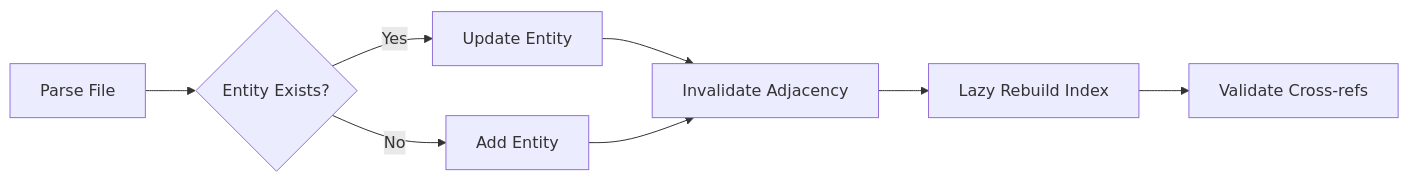
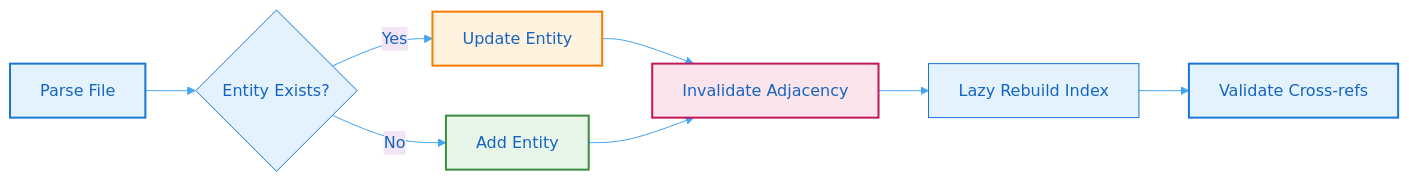
One commit to sageoz/Batho changed the first of 2 diagrams in docs-site/docs/whitepaper/code-graph.md. Above: the diagram before and after it, drawn with Mermaid. The commit also changed other lines of this file and 31 other files, not shown here.

````diff
--- a/docs-site/docs/whitepaper/code-graph.md
+++ b/docs-site/docs/whitepaper/code-graph.md
@@ -46,10 +46,17 @@
 ```mermaid
+%%{init: {'theme': 'base', 'themeVariables': { 'primaryColor': '#e3f2fd', 'primaryTextColor': '#1565c0', 'primaryBorderColor': '#1976d2', 'lineColor': '#42a5f5', 'secondaryColor': '#f3e5f5', 'tertiaryColor': '#e8f5e9'}}}%%
 flowchart LR
     A[Parse File] --> B{Entity Exists?}
     B -->|Yes| C[Update Entity]
     B -->|No| D[Add Entity]
     C --> E[Invalidate Adjacency]
     D --> E
     E --> F[Lazy Rebuild Index]
     F --> G[Validate Cross-refs]
+
+    style A fill:#e3f2fd,stroke:#1976d2,stroke-width:2px
+    style C fill:#fff3e0,stroke:#f57c00,stroke-width:2px
+    style D fill:#e8f5e9,stroke:#388e3c,stroke-width:2px
+    style E fill:#fce4ec,stroke:#c2185b,stroke-width:2px
+    style G fill:#e3f2fd,stroke:#1976d2,stroke-width:2px
 ```
````
